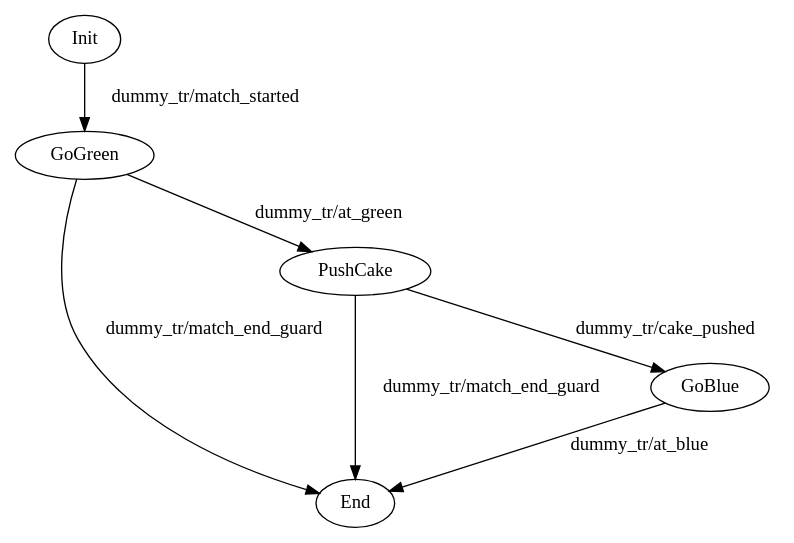
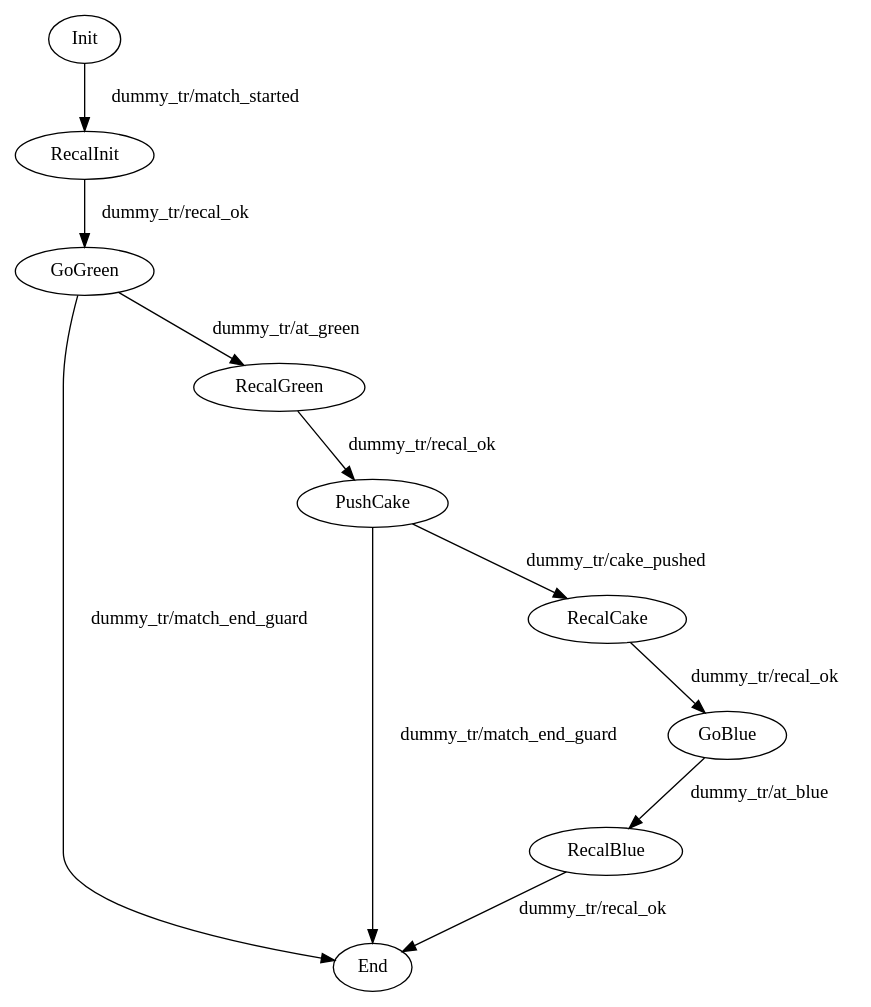
One commit to ENACRobotique/robot_rpi_2023 changed the diagram in src/strategieRobot/strategy_test.dot. Above: the diagram before and after it, drawn with Graphviz.

Commit message:
evolution de la strategi

```diff
--- a/src/strategieRobot/strategy_test.dot
+++ b/src/strategieRobot/strategy_test.dot
@@ -1,14 +1,23 @@
 #init Init
 digraph statemachine {
     Init [comment="init_enter/init_leave"]
     End  [comment="end_enter"]
     GoGreen [comment="gogreen_enter"]
     PushCake [comment="pushcake_enter/pushcake_leave"]
     GoBlue  [comment="goblue_enter/goblue_leave"]
+    RecalInit [comment="debut_recal"]
+    RecalGreen [comment="debut_recal"]
+    RecalCake [comment="debut_recal"]
+    RecalBlue [comment="debut_recal"]
 
-    Init -> GoGreen [label="dummy_tr/match_started"]
-    GoGreen -> PushCake [label="dummy_tr/at_green"]
-    PushCake -> GoBlue [label="dummy_tr/cake_pushed"]
-    GoBlue -> End [label="dummy_tr/at_blue"]
+    Init -> RecalInit [label="dummy_tr/match_started"]
+    RecalInit -> GoGreen [label="dummy_tr/recal_ok"]
+    GoGreen -> RecalGreen [label="dummy_tr/at_green"]
+    RecalGreen -> PushCake [label="dummy_tr/recal_ok"]
+    PushCake -> RecalCake [label="dummy_tr/cake_pushed"]
+    RecalCake -> GoBlue [label="dummy_tr/recal_ok"]
+    GoBlue -> RecalBlue [label="dummy_tr/at_blue"]
+    RecalBlue -> End [label="dummy_tr/recal_ok"]
     {GoGreen PushCake} -> End [label="dummy_tr/match_end_guard"]
+
 }
```
